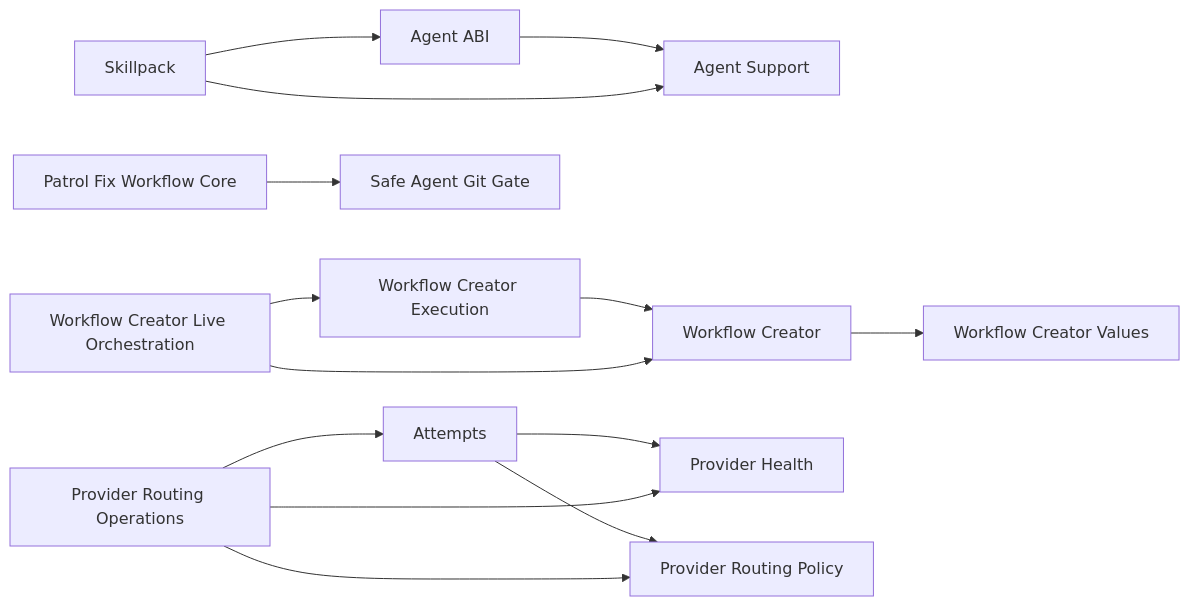
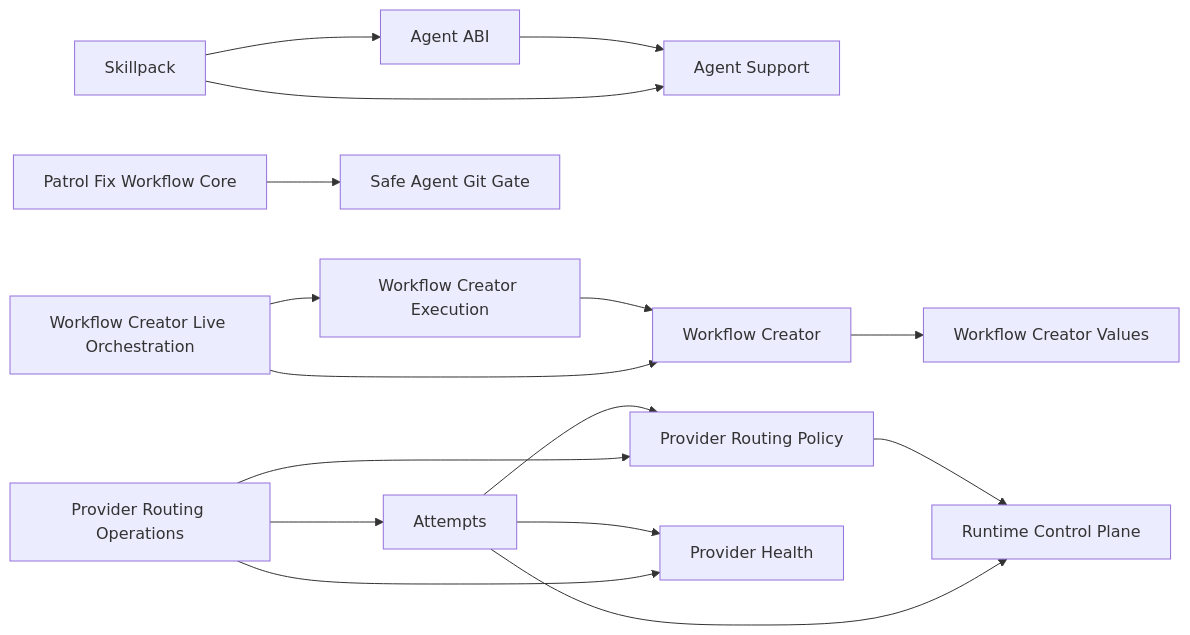
One commit to ivankuznetsov/hive changed the diagram in wiki/component-boundaries.md. Above: the diagram before and after it, drawn with Mermaid. The commit also changed other lines of this file and 126 other files, not shown here.

Commit message:
refactor(attempts): move runtime state to SQLite

````diff
--- a/wiki/component-boundaries.md
+++ b/wiki/component-boundaries.md
@@ -49,16 +49,18 @@
 ```mermaid
 flowchart LR
   agent_abi[Agent ABI] --> agent_support[Agent Support]
   skillpack[Skillpack] --> agent_abi[Agent ABI]
   skillpack[Skillpack] --> agent_support[Agent Support]
   workflow_execution[Workflow Creator Execution] --> workflow_core[Workflow Creator]
   workflow_live[Workflow Creator Live Orchestration] --> workflow_execution
   workflow_live --> workflow_core
   workflow_core --> workflow_values[Workflow Creator Values]
   patrol_fix[Patrol Fix Workflow Core] --> git_gate[Safe Agent Git Gate]
+  provider_routing[Provider Routing Policy] --> runtime[Runtime Control Plane]
   attempts[Attempts] --> provider_health[Provider Health]
   attempts --> provider_routing[Provider Routing Policy]
+  attempts --> runtime
   routing_operations[Provider Routing Operations] --> attempts
   routing_operations --> provider_health
   routing_operations --> provider_routing
 ```
````
